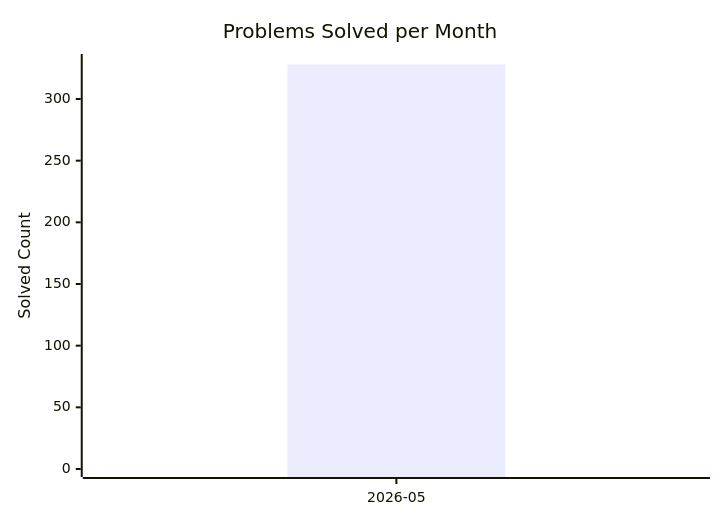
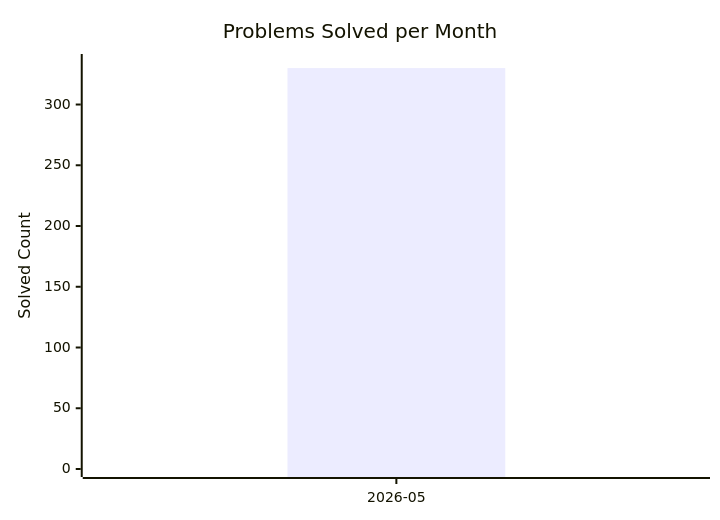
One commit to AdityaPandey-DEV/CP-Progress-Sync changed the diagram in dashboard.md. Above: the diagram before and after it, drawn with Mermaid. The commit also changed other lines of this file, not shown here.

Commit message:
Auto-update CP dashboard [skip ci]

````diff
--- a/dashboard.md
+++ b/dashboard.md
@@ -8,8 +8,8 @@
 ```mermaid
 xychart-beta
     title "Problems Solved per Month"
     x-axis ["2026-05"]
-    y-axis "Solved Count" 0 --> 330
-    bar [328]
-    line [328]
+    y-axis "Solved Count" 0 --> 335
+    bar [330]
+    line [330]
 ```
````
